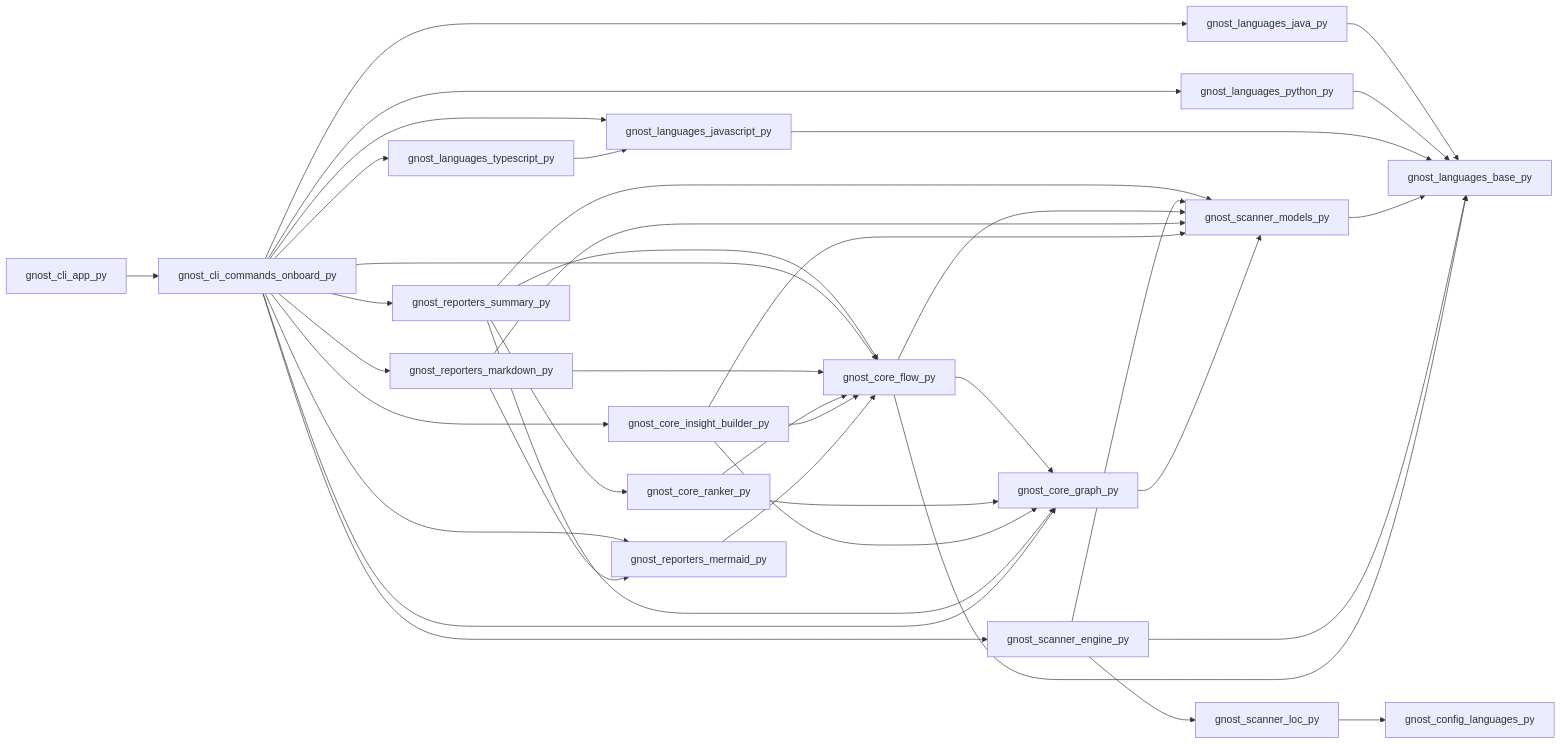
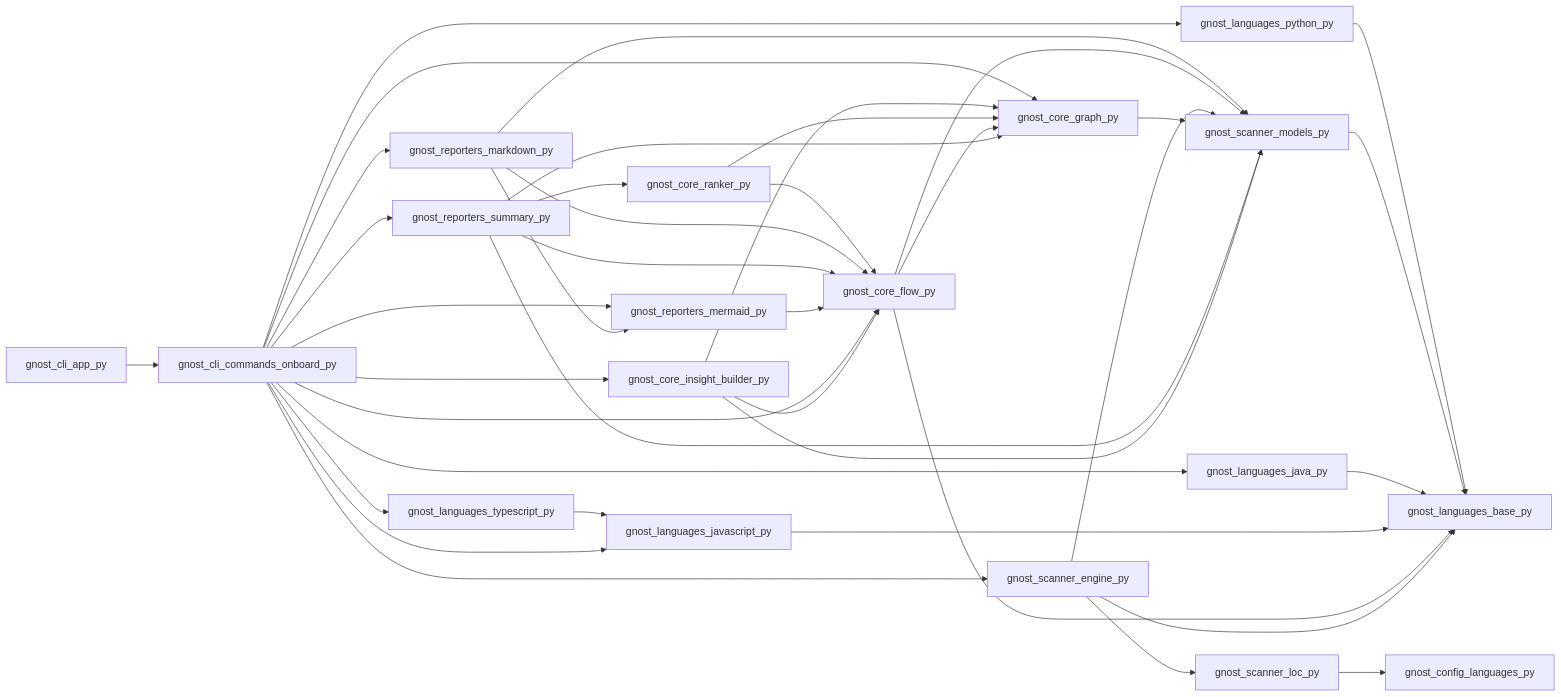
One commit to mohdzain98/gnost changed diagram 13 of 26 in flow/folder-paths.md. Above: the diagram before and after it, drawn with Mermaid. The commit also changed other lines of this file and 6 other files, not shown here.

````diff
--- a/flow/folder-paths.md
+++ b/flow/folder-paths.md
@@ -470,41 +470,41 @@
 ```mermaid
 flowchart LR
+  gnost_core_insight_builder_py --> gnost_core_flow_py
+  gnost_scanner_engine_py --> gnost_languages_base_py
+  gnost_cli_commands_onboard_py --> gnost_reporters_summary_py
+  gnost_cli_commands_onboard_py --> gnost_languages_java_py
+  gnost_scanner_engine_py --> gnost_scanner_loc_py
+  gnost_cli_commands_onboard_py --> gnost_core_flow_py
+  gnost_reporters_mermaid_py --> gnost_core_flow_py
+  gnost_core_insight_builder_py --> gnost_scanner_models_py
+  gnost_reporters_markdown_py --> gnost_reporters_mermaid_py
+  gnost_reporters_summary_py --> gnost_core_ranker_py
+  gnost_reporters_summary_py --> gnost_core_graph_py
+  gnost_reporters_summary_py --> gnost_core_flow_py
+  gnost_cli_commands_onboard_py --> gnost_languages_javascript_py
+  gnost_reporters_summary_py --> gnost_scanner_models_py
+  gnost_core_flow_py --> gnost_languages_base_py
+  gnost_cli_commands_onboard_py --> gnost_reporters_mermaid_py
+  gnost_languages_javascript_py --> gnost_languages_base_py
   gnost_cli_app_py --> gnost_cli_commands_onboard_py
-  gnost_cli_commands_onboard_py --> gnost_languages_javascript_py
+  gnost_core_graph_py --> gnost_scanner_models_py
+  gnost_languages_java_py --> gnost_languages_base_py
+  gnost_cli_commands_onboard_py --> gnost_core_insight_builder_py
+  gnost_scanner_engine_py --> gnost_scanner_models_py
   gnost_core_flow_py --> gnost_core_graph_py
+  gnost_cli_commands_onboard_py --> gnost_languages_python_py
+  gnost_scanner_models_py --> gnost_languages_base_py
+  gnost_cli_commands_onboard_py --> gnost_languages_typescript_py
   gnost_cli_commands_onboard_py --> gnost_reporters_markdown_py
-  gnost_reporters_summary_py --> gnost_scanner_models_py
-  gnost_cli_commands_onboard_py --> gnost_reporters_summary_py
-  gnost_reporters_summary_py --> gnost_core_flow_py
-  gnost_cli_commands_onboard_py --> gnost_languages_python_py
-  gnost_languages_java_py --> gnost_languages_base_py
+  gnost_cli_commands_onboard_py --> gnost_scanner_engine_py
   gnost_core_ranker_py --> gnost_core_graph_py
-  gnost_cli_commands_onboard_py --> gnost_languages_typescript_py
+  gnost_reporters_markdown_py --> gnost_core_flow_py
+  gnost_scanner_loc_py --> gnost_config_languages_py
+  gnost_languages_python_py --> gnost_languages_base_py
+  gnost_core_flow_py --> gnost_scanner_models_py
+  gnost_core_insight_builder_py --> gnost_core_graph_py
+  gnost_reporters_markdown_py --> gnost_scanner_models_py
   gnost_languages_typescript_py --> gnost_languages_javascript_py
-  gnost_cli_commands_onboard_py --> gnost_core_insight_builder_py
-  gnost_reporters_summary_py --> gnost_core_ranker_py
-  gnost_cli_commands_onboard_py --> gnost_core_flow_py
-  gnost_languages_python_py --> gnost_languages_base_py
-  gnost_languages_javascript_py --> gnost_languages_base_py
-  gnost_cli_commands_onboard_py --> gnost_reporters_mermaid_py
-  gnost_core_insight_builder_py --> gnost_core_graph_py
-  gnost_scanner_engine_py --> gnost_scanner_models_py
-  gnost_core_flow_py --> gnost_scanner_models_py
-  gnost_scanner_engine_py --> gnost_scanner_loc_py
-  gnost_cli_commands_onboard_py --> gnost_scanner_engine_py
-  gnost_reporters_markdown_py --> gnost_scanner_models_py
-  gnost_cli_commands_onboard_py --> gnost_languages_java_py
-  gnost_scanner_models_py --> gnost_languages_base_py
-  gnost_reporters_summary_py --> gnost_core_graph_py
-  gnost_scanner_loc_py --> gnost_config_languages_py
-  gnost_reporters_markdown_py --> gnost_core_flow_py
   gnost_core_ranker_py --> gnost_core_flow_py
-  gnost_reporters_markdown_py --> gnost_reporters_mermaid_py
-  gnost_scanner_engine_py --> gnost_languages_base_py
   gnost_cli_commands_onboard_py --> gnost_core_graph_py
-  gnost_core_flow_py --> gnost_languages_base_py
-  gnost_core_insight_builder_py --> gnost_scanner_models_py
-  gnost_core_insight_builder_py --> gnost_core_flow_py
-  gnost_core_graph_py --> gnost_scanner_models_py
-  gnost_reporters_mermaid_py --> gnost_core_flow_py
 ```
````
